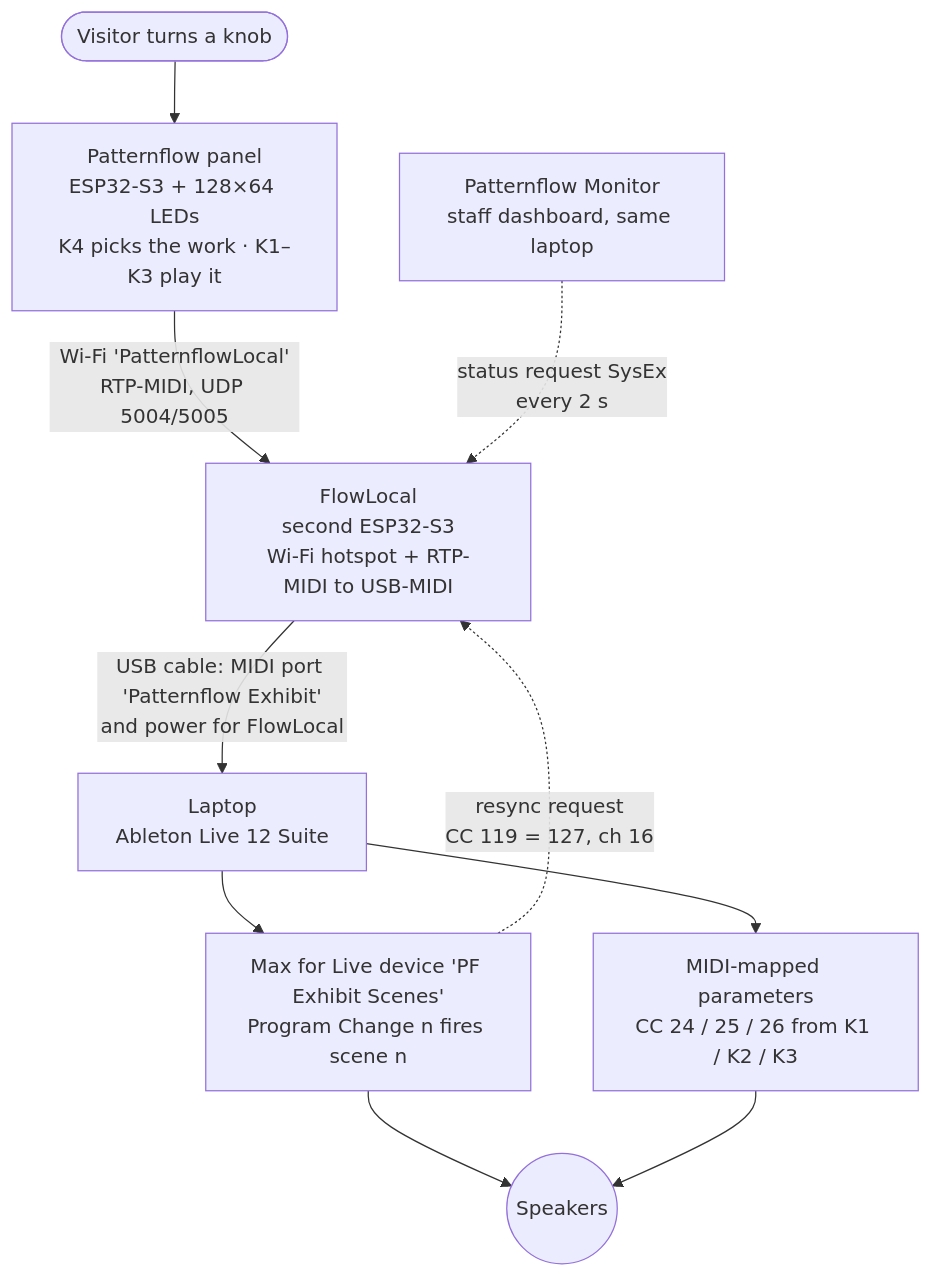
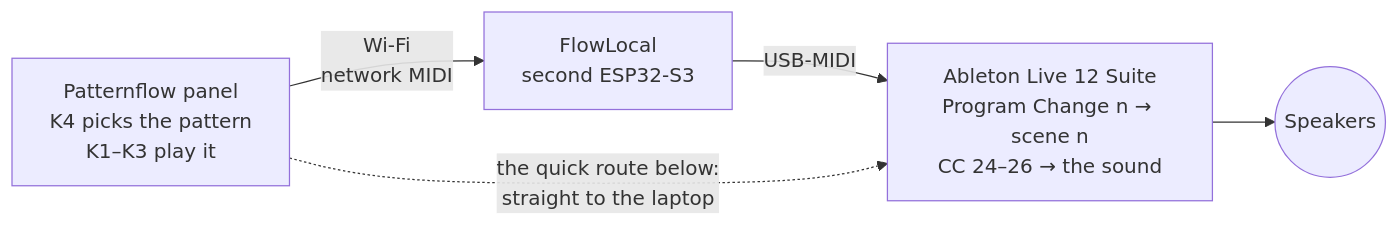
The diagram in README.md (engmung/patternflow-exhibition-2026), drawn with Mermaid before and after one commit. The commit also changed other lines of this file and 8 other files, not shown here.

````diff
--- a/README.md
+++ b/README.md
@@ -39,19 +32,7 @@
 ```mermaid
-flowchart TB
-    V(["Visitor turns a knob"]) --> P
-    P["Patternflow panel<br/>ESP32-S3 + 128×64 LEDs<br/>K4 picks the work · K1–K3 play it"]
-    F["FlowLocal<br/>second ESP32-S3<br/>Wi-Fi hotspot + RTP-MIDI to USB-MIDI"]
-    L["Laptop<br/>Ableton Live 12 Suite"]
-    D["Max for Live device 'PF Exhibit Scenes'<br/>Program Change n fires scene n"]
-    M["MIDI-mapped parameters<br/>CC 24 / 25 / 26 from K1 / K2 / K3"]
-    S(("Speakers"))
-    W["Patternflow Monitor<br/>staff dashboard, same laptop"]
-    P -- "Wi-Fi 'PatternflowLocal'<br/>RTP-MIDI, UDP 5004/5005" --> F
-    F -- "USB cable: MIDI port 'Patternflow Exhibit'<br/>and power for FlowLocal" --> L
-    L --> D
-    L --> M
-    D --> S
-    M --> S
-    D -. "resync request<br/>CC 119 = 127, ch 16" .-> F
-    W -. "status request SysEx<br/>every 2 s" .-> F
+flowchart LR
+    P["Patternflow panel<br/>K4 picks the pattern<br/>K1–K3 play it"] -- "Wi-Fi<br/>network MIDI" --> F["FlowLocal<br/>second ESP32-S3"]
+    F -- "USB-MIDI" --> L["Ableton Live 12 Suite<br/>Program Change n → scene n<br/>CC 24–26 → the sound"]
+    L --> S(("Speakers"))
+    P -. "the quick route below:<br/>straight to the laptop" .-> L
 ```
````
